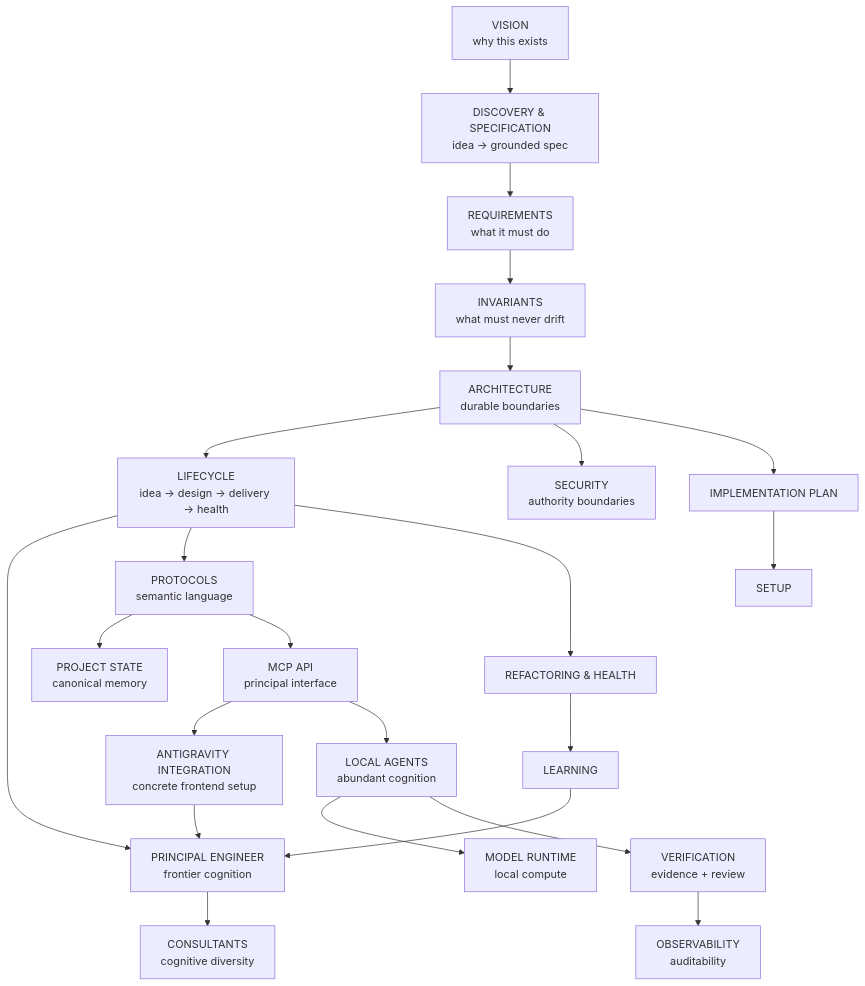
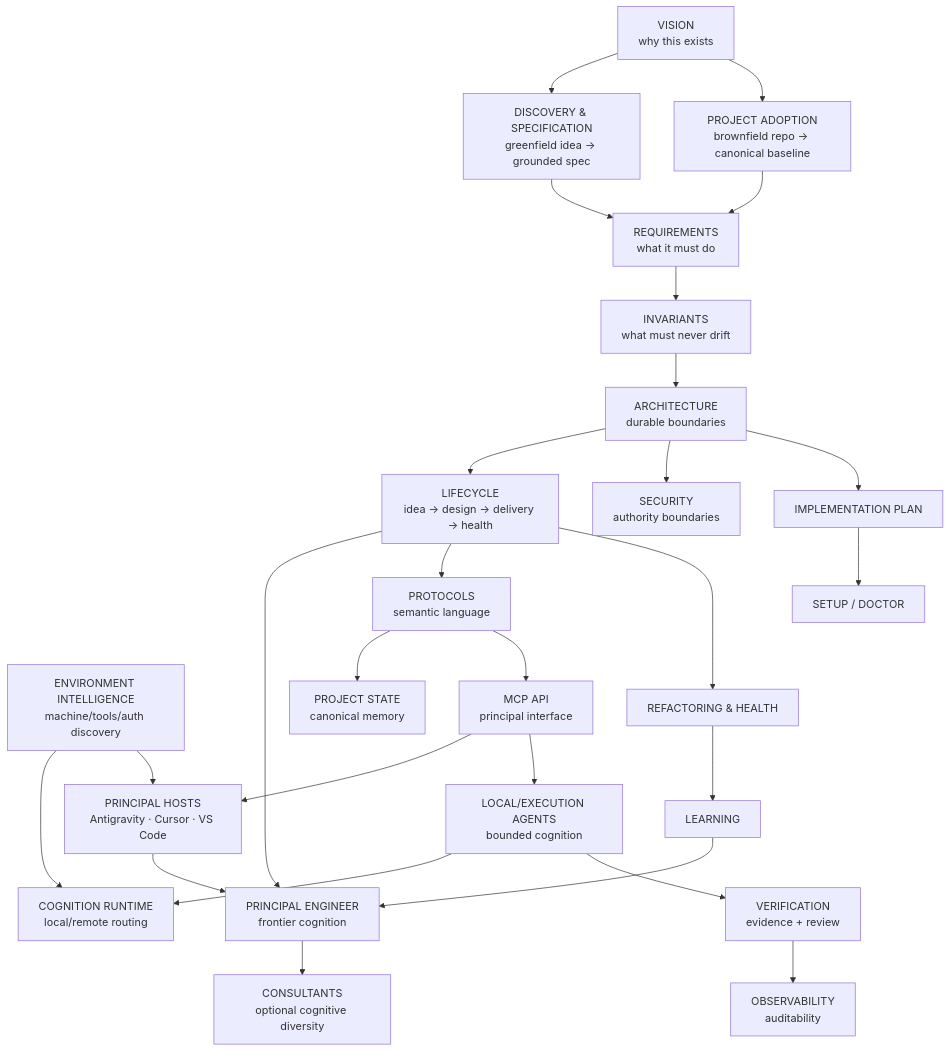
Before and after one commit to olostan/DevCadence: the diagram in docs/README.md, drawn with Mermaid. The commit also changed other lines of this file, not shown here.

Commit message:
docs: reconcile documentation map and ADR index

````diff
--- a/docs/README.md
+++ b/docs/README.md
@@ -5,47 +5,53 @@
 ```mermaid
 flowchart TB
     Vision["VISION<br/>why this exists"]
     Req["REQUIREMENTS<br/>what it must do"]
-    Discovery["DISCOVERY & SPECIFICATION<br/>idea → grounded spec"]
+    Discovery["DISCOVERY & SPECIFICATION<br/>greenfield idea → grounded spec"]
+    Adoption["PROJECT ADOPTION<br/>brownfield repo → canonical baseline"]
+    Env["ENVIRONMENT INTELLIGENCE<br/>machine/tools/auth discovery"]
+    Hosts["PRINCIPAL HOSTS<br/>Antigravity · Cursor · VS Code"]
     Inv["INVARIANTS<br/>what must never drift"]
     Arch["ARCHITECTURE<br/>durable boundaries"]
     Life["LIFECYCLE<br/>idea → design → delivery → health"]
     Principal["PRINCIPAL ENGINEER<br/>frontier cognition"]
     Protocol["PROTOCOLS<br/>semantic language"]
     State["PROJECT STATE<br/>canonical memory"]
-    Local["LOCAL AGENTS<br/>abundant cognition"]
+    Agents["LOCAL/EXECUTION AGENTS<br/>bounded cognition"]
     MCP["MCP API<br/>principal interface"]
-    AG["ANTIGRAVITY INTEGRATION<br/>concrete frontend setup"]
-    Runtime["MODEL RUNTIME<br/>local compute"]
+    Runtime["COGNITION RUNTIME<br/>local/remote routing"]
     Verify["VERIFICATION<br/>evidence + review"]
-    Consult["CONSULTANTS<br/>cognitive diversity"]
+    Consult["CONSULTANTS<br/>optional cognitive diversity"]
     Security["SECURITY<br/>authority boundaries"]
     Observe["OBSERVABILITY<br/>auditability"]
     Health["REFACTORING & HEALTH"]
     Learn["LEARNING"]
     Plan["IMPLEMENTATION PLAN"]
-    Setup["SETUP"]
+    Setup["SETUP / DOCTOR"]
 
     Vision --> Discovery
+    Vision --> Adoption
     Discovery --> Req
+    Adoption --> Req
     Req --> Inv
     Inv --> Arch
     Arch --> Life
     Life --> Principal
     Life --> Protocol
     Protocol --> State
     Protocol --> MCP
-    MCP --> AG
-    AG --> Principal
-    MCP --> Local
-    Local --> Runtime
-    Local --> Verify
+    Env --> Runtime
+    Env --> Hosts
+    MCP --> Hosts
+    Hosts --> Principal
+    MCP --> Agents
+    Agents --> Runtime
+    Agents --> Verify
     Principal --> Consult
     Arch --> Security
     Verify --> Observe
     Life --> Health
     Health --> Learn
     Learn --> Principal
     Arch --> Plan
     Plan --> Setup
 ```
````
